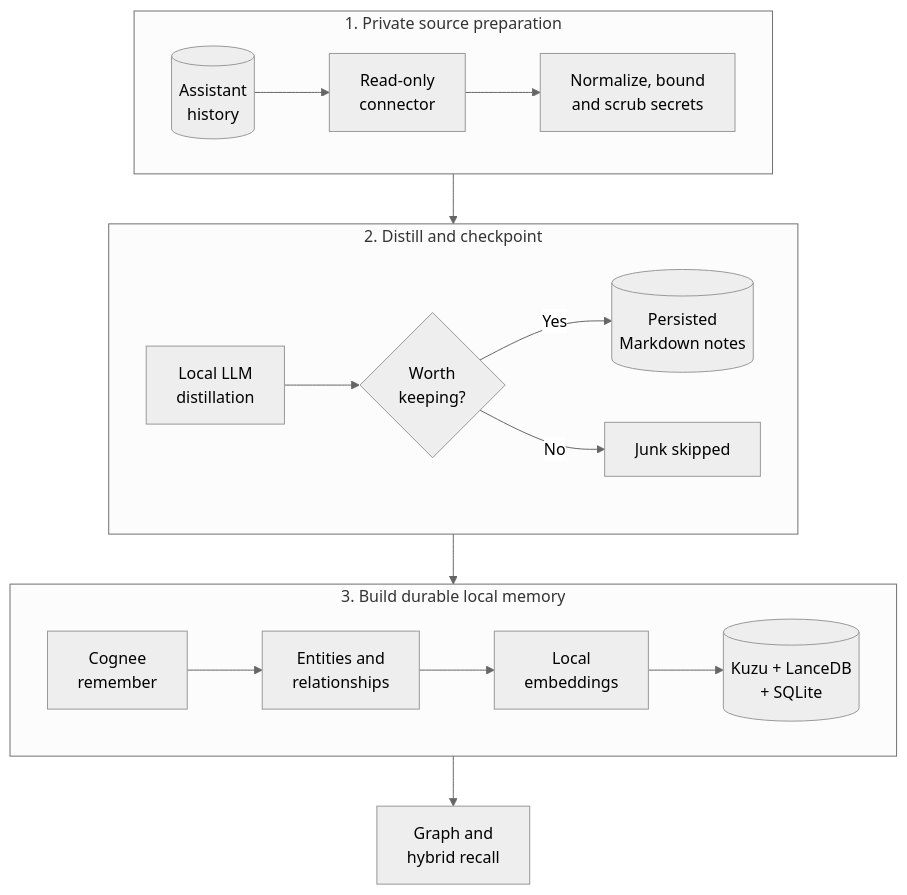
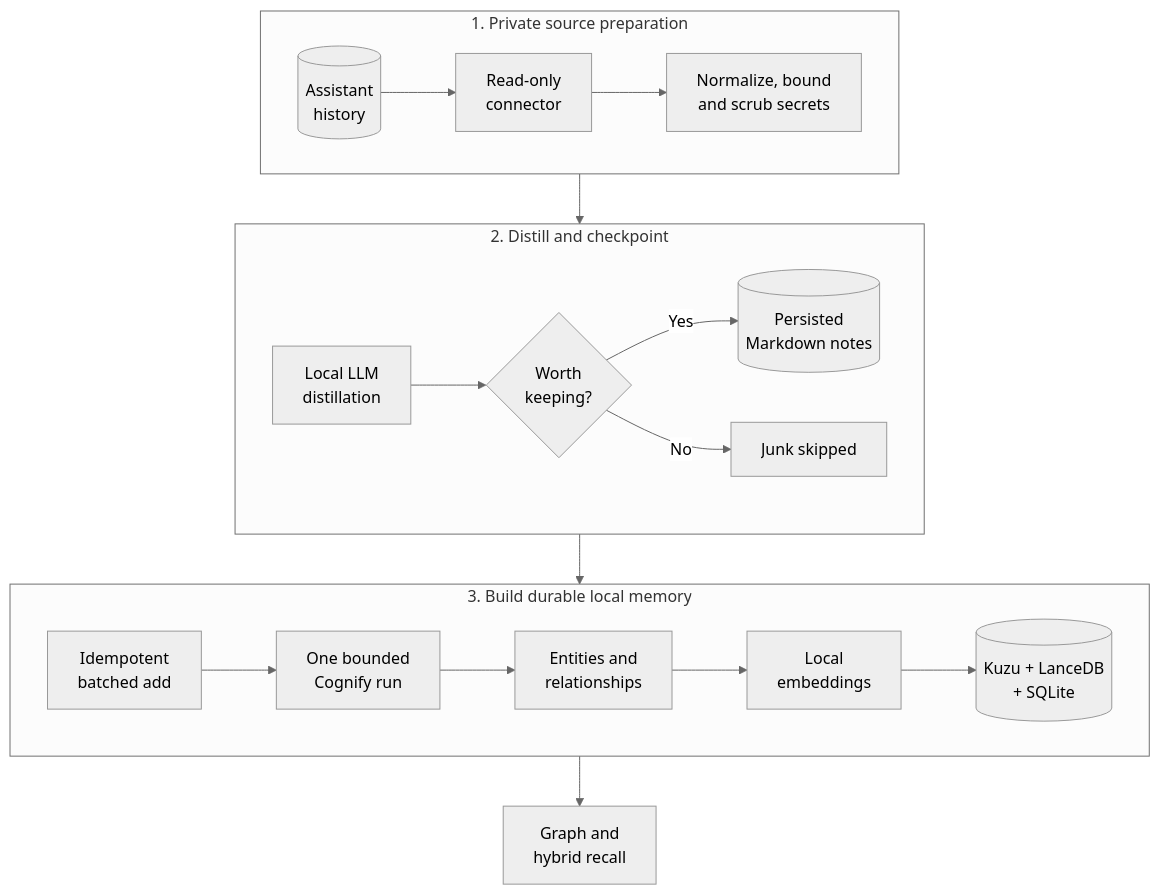
The first of 2 diagrams in README.md (thomasmaerz/cognee-backfill), drawn with Mermaid (neutral theme) before and after one commit. The commit also changed other lines of this file and 7 other files, not shown here.

````diff
--- a/README.md
+++ b/README.md
@@ -56,38 +56,39 @@
 ```mermaid
 flowchart TB
     subgraph prepare[1. Private source preparation]
         direction LR
         source[(Assistant<br/>history)]
         extract[Read-only<br/>connector]
         scrub[Normalize, bound<br/>and scrub secrets]
         source --> extract --> scrub
     end
 
     subgraph distill[2. Distill and checkpoint]
         direction LR
         llm[Local LLM<br/>distillation]
         gate{Worth<br/>keeping?}
         notes[(Persisted<br/>Markdown notes)]
         junk[Junk skipped]
 
         llm --> gate
         gate -->|Yes| notes
         gate -->|No| junk
     end
 
     subgraph remember[3. Build durable local memory]
         direction LR
-        ingest[Cognee<br/>remember]
+        ingest[Idempotent<br/>batched add]
+        cognify[One bounded<br/>Cognify run]
         entities[Entities and<br/>relationships]
         vectors[Local<br/>embeddings]
         stores[(Kuzu + LanceDB<br/>+ SQLite)]
 
-        ingest --> entities --> vectors --> stores
+        ingest --> cognify --> entities --> vectors --> stores
     end
 
     recall[Graph and<br/>hybrid recall]
 
     scrub --> llm
     notes --> ingest
     stores --> recall
 ```
````
